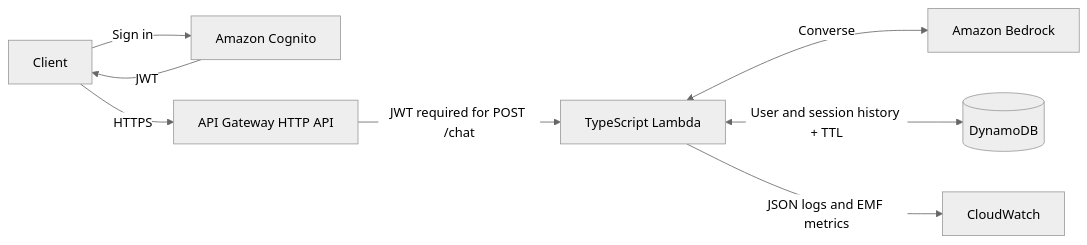
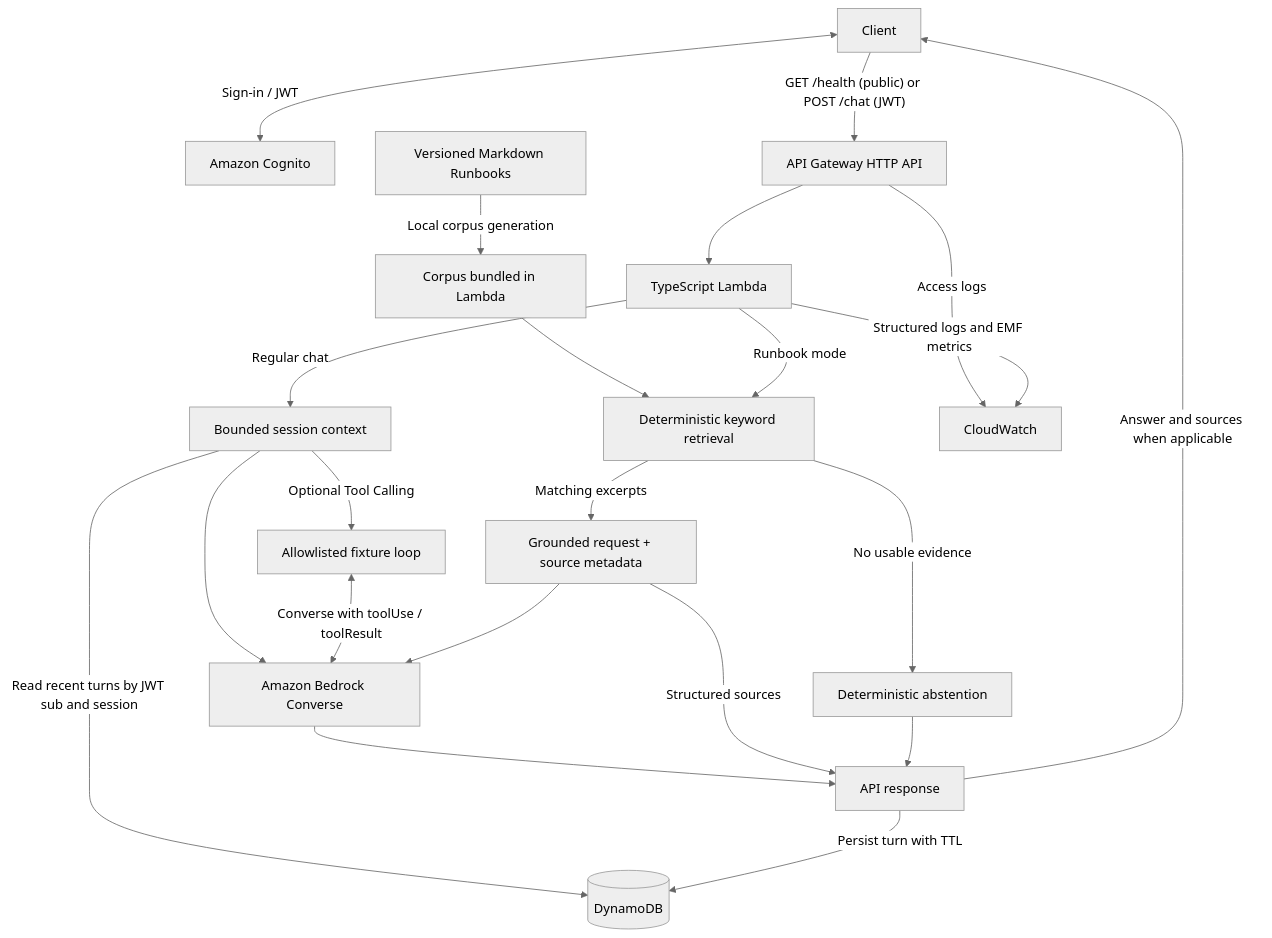
Before and after one commit to hongzz0618/aws-bedrock-chat-backend: the diagram in README.md, drawn with Mermaid (neutral theme). The commit also changed other lines of this file and 15 other files, not shown here.

````diff
--- a/README.md
+++ b/README.md
@@ -30,10 +13,26 @@
 ```mermaid
-flowchart LR
-    Client -->|"Sign in"| Cognito["Amazon Cognito"]
-    Cognito -->|"JWT"| Client
-    Client -->|"HTTPS"| API["API Gateway HTTP API"]
-    API -->|"JWT required for POST /chat"| Lambda["TypeScript Lambda"]
-    Lambda <-->|"Converse"| Bedrock["Amazon Bedrock"]
-    Lambda <-->|"User and session history + TTL"| DynamoDB[("DynamoDB")]
-    Lambda -->|"JSON logs and EMF metrics"| CloudWatch["CloudWatch"]
+flowchart TD
+    Client <-->|"Sign-in / JWT"| Cognito["Amazon Cognito"]
+    Client -->|"GET /health (public) or POST /chat (JWT)"| Gateway["API Gateway HTTP API"]
+    Gateway --> Lambda["TypeScript Lambda"]
+    Lambda -->|"Regular chat"| Chat["Bounded session context"]
+    Chat --> Bedrock["Amazon Bedrock Converse"]
+    Chat -->|"Optional Tool Calling"| Tools["Allowlisted fixture loop"]
+    Tools <-->|"Converse with toolUse / toolResult"| Bedrock
+
+    Runbooks["Versioned Markdown Runbooks"] -->|"Local corpus generation"| Corpus["Corpus bundled in Lambda"]
+    Corpus --> Retrieve["Deterministic keyword retrieval"]
+    Lambda -->|"Runbook mode"| Retrieve
+    Retrieve -->|"Matching excerpts"| Ground["Grounded request + source metadata"]
+    Ground --> Bedrock
+    Retrieve -->|"No usable evidence"| Abstain["Deterministic abstention"]
+    Bedrock --> Result["API response"]
+    Ground -->|"Structured sources"| Result
+    Abstain --> Result
+
+    Chat -->|"Read recent turns by JWT sub and session"| History[("DynamoDB")]
+    Result -->|"Persist turn with TTL"| History
+    Result -->|"Answer and sources when applicable"| Client
+    Gateway -->|"Access logs"| CloudWatch["CloudWatch"]
+    Lambda -->|"Structured logs and EMF metrics"| CloudWatch
 ```
````
